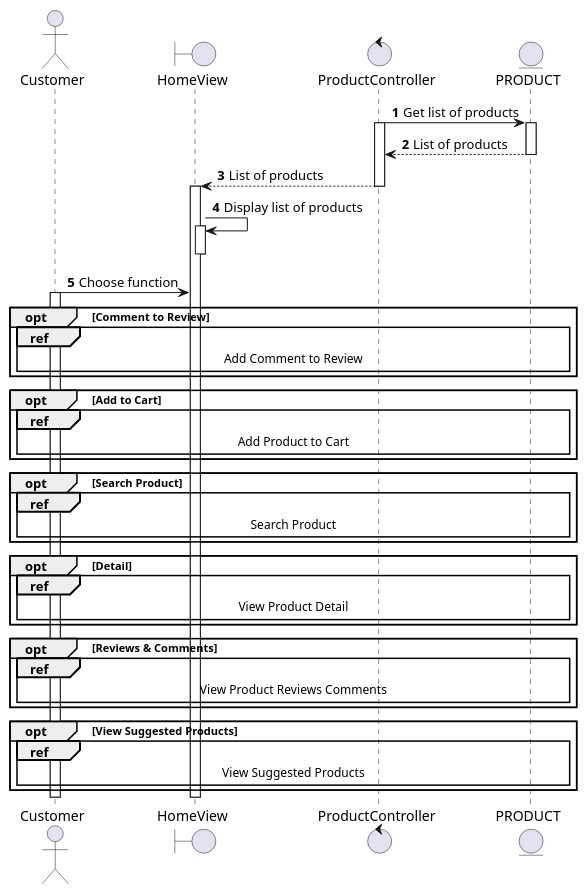
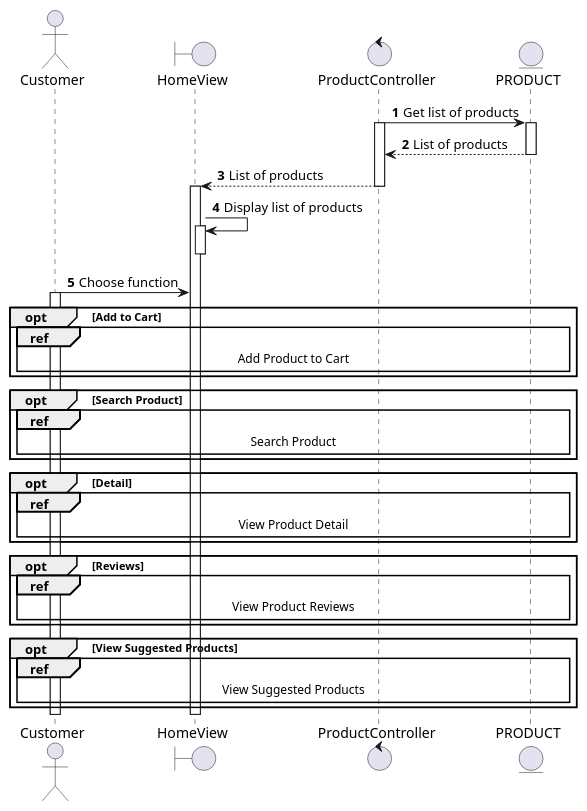
One commit to electricilies/electricilies.github.io changed the diagram in docs/docs/sequence/view-product/view-product.md. Above: the diagram before and after it, drawn with PlantUML. The commit also changed 17 other files, not shown here.

Commit message:
feat: remove comment for review

````diff
--- a/docs/docs/sequence/view-product/view-product.md
+++ b/docs/docs/sequence/view-product/view-product.md
@@ -3,53 +3,49 @@
 ```plantuml
 @startuml
 autonumber
 
 actor Customer as C
 boundary HomeView as HV
 control ProductController as PC
 entity PRODUCT as P
 
 PC -> P: Get list of products
 activate PC
 activate P
 PC <-- P: List of products
 deactivate P
 HV <-- PC: List of products
 deactivate PC
 activate HV
 HV -> HV: Display list of products
 activate HV
 deactivate HV
 
 C -> HV: Choose function
 activate C
 
-opt Comment to Review
-  ref over C, P: Add Comment to Review
-end
-
 opt Add to Cart
   ref over C, P: Add Product to Cart
 end
 
 opt Search Product
   ref over C, P: Search Product
 end
 
 opt Detail
   ref over C, P: View Product Detail
 end
 
-opt Reviews & Comments
-  ref over C, P: View Product Reviews Comments
+opt Reviews
+  ref over C, P: View Product Reviews
 end
 
 opt View Suggested Products
   ref over C, P: View Suggested Products
 end
 
 deactivate HV
 deactivate C
 
 @enduml
 ```
````
